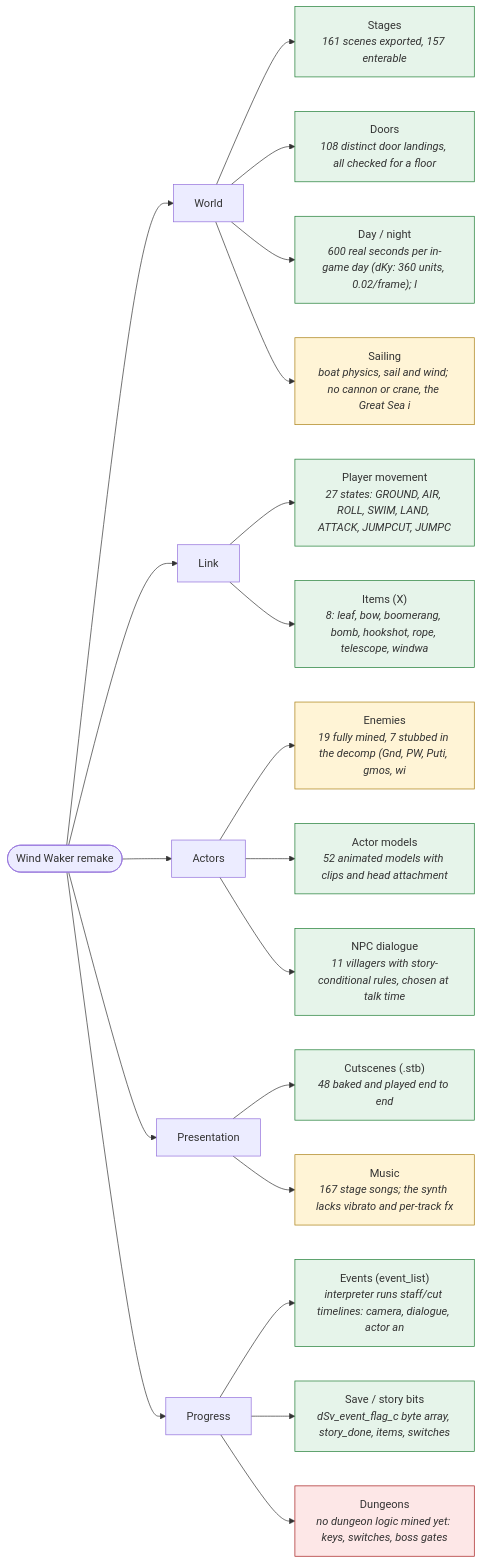
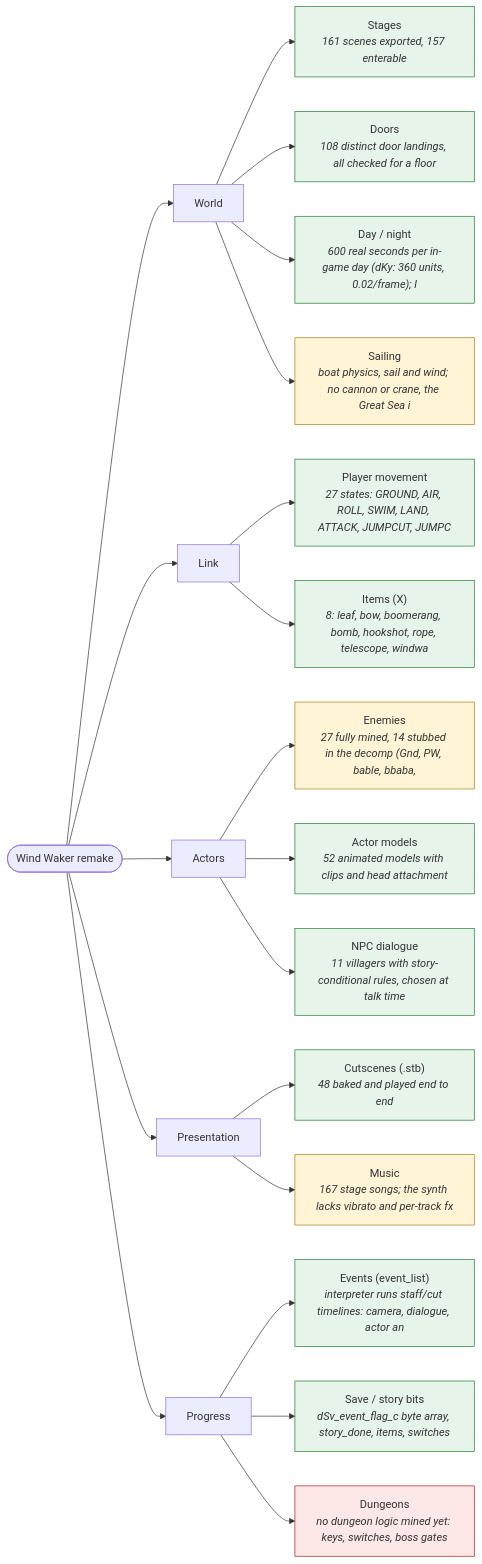
Before and after one commit to Felbs/3d-ripper-9000: the first of 2 diagrams in docs/game_map.md, drawn with Mermaid. The commit also changed other lines of this file and 1 other file, not shown here.

````diff
--- a/docs/game_map.md
+++ b/docs/game_map.md
@@ -12,40 +12,40 @@
 ```mermaid
 flowchart LR
     classDef ok fill:#e6f4ea,stroke:#1e7d34;
     classDef partial fill:#fff4d6,stroke:#a97f13;
     classDef missing fill:#fde7e7,stroke:#a51b1b;
     GAME(["Wind Waker remake"])
     GAME --> G0["World"]
     G0 --> G0_0["Stages<br/><i>161 scenes exported, 157 enterable</i>"]
     class G0_0 ok;
     G0 --> G0_1["Doors<br/><i>108 distinct door landings, all checked for a floor</i>"]
     class G0_1 ok;
     G0 --> G0_2["Day / night<br/><i>600 real seconds per in-game day (dKy: 360 units, 0.02/frame); l</i>"]
     class G0_2 ok;
     G0 --> G0_3["Sailing<br/><i>boat physics, sail and wind; no cannon or crane, the Great Sea i</i>"]
     class G0_3 partial;
     GAME --> G1["Link"]
     G1 --> G1_0["Player movement<br/><i>27 states: GROUND, AIR, ROLL, SWIM, LAND, ATTACK, JUMPCUT, JUMPC</i>"]
     class G1_0 ok;
     G1 --> G1_1["Items (X)<br/><i>8: leaf, bow, boomerang, bomb, hookshot, rope, telescope, windwa</i>"]
     class G1_1 ok;
     GAME --> G2["Actors"]
-    G2 --> G2_0["Enemies<br/><i>19 fully mined, 7 stubbed in the decomp (Gnd, PW, Puti, gmos, wi</i>"]
+    G2 --> G2_0["Enemies<br/><i>27 fully mined, 14 stubbed in the decomp (Gnd, PW, bable, bbaba,</i>"]
     class G2_0 partial;
     G2 --> G2_1["Actor models<br/><i>52 animated models with clips and head attachment</i>"]
     class G2_1 ok;
     G2 --> G2_2["NPC dialogue<br/><i>11 villagers with story-conditional rules, chosen at talk time</i>"]
     class G2_2 ok;
     GAME --> G3["Presentation"]
     G3 --> G3_0["Cutscenes (.stb)<br/><i>48 baked and played end to end</i>"]
     class G3_0 ok;
     G3 --> G3_1["Music<br/><i>167 stage songs; the synth lacks vibrato and per-track fx</i>"]
     class G3_1 partial;
     GAME --> G4["Progress"]
     G4 --> G4_0["Events (event_list)<br/><i>interpreter runs staff/cut timelines: camera, dialogue, actor an</i>"]
     class G4_0 ok;
     G4 --> G4_1["Save / story bits<br/><i>dSv_event_flag_c byte array, story_done, items, switches</i>"]
     class G4_1 ok;
     G4 --> G4_2["Dungeons<br/><i>no dungeon logic mined yet: keys, switches, boss gates</i>"]
     class G4_2 missing;
 ```
````
